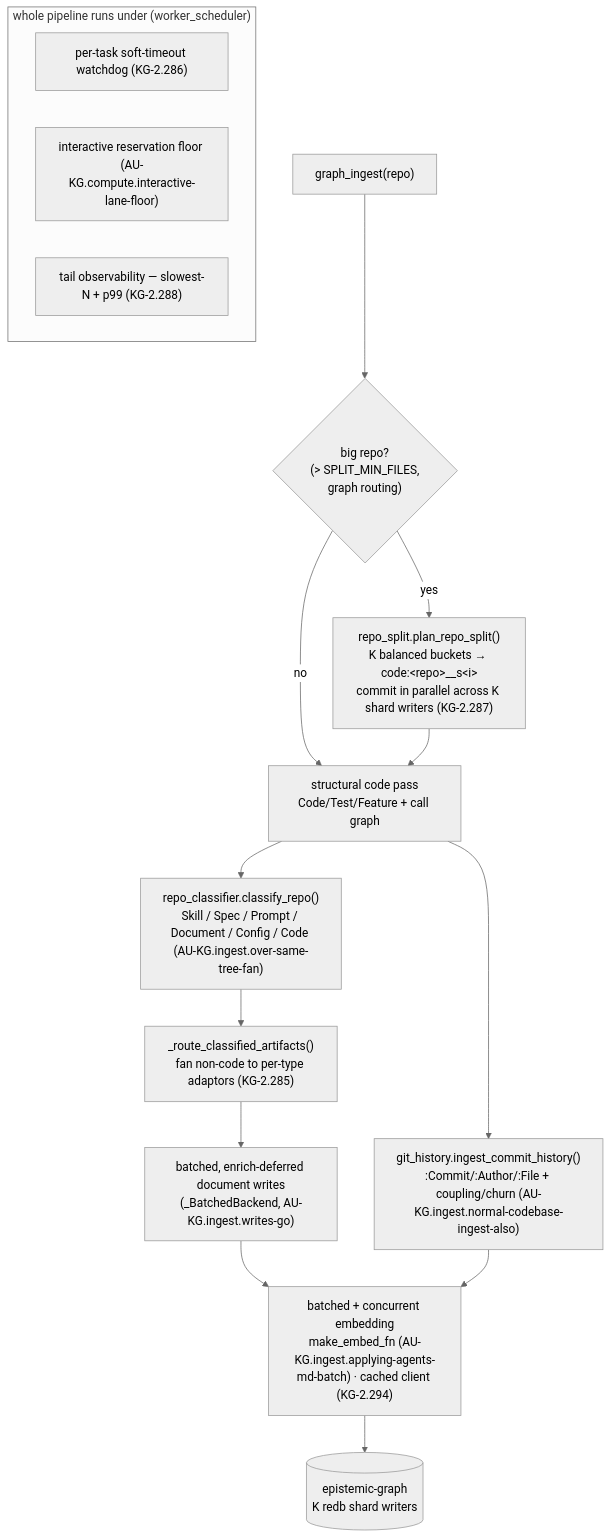
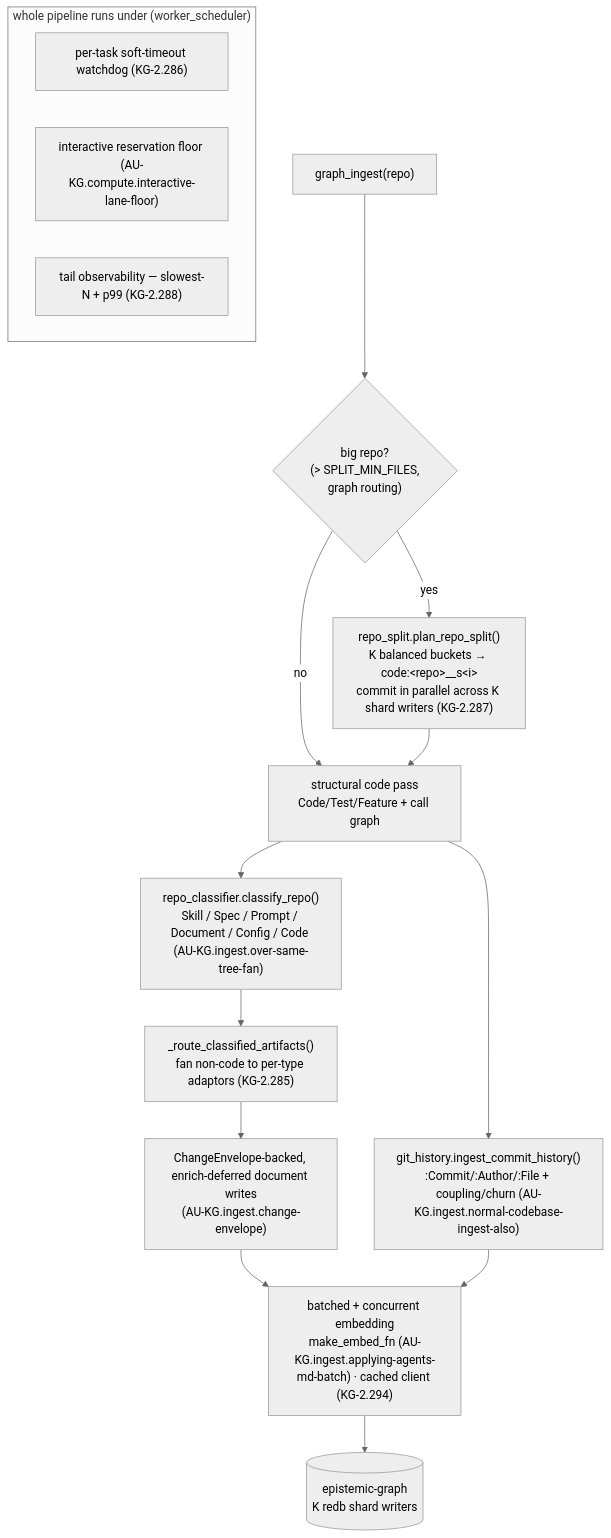
The diagram in docs/architecture/intelligent-ingestion.md (Knuckles-Team/agent-utilities), drawn with Mermaid (neutral theme) before and after one commit. The commit also changed other lines of this file and 3818 other files, not shown here.

````diff
--- a/docs/architecture/intelligent-ingestion.md
+++ b/docs/architecture/intelligent-ingestion.md
@@ -20,20 +20,20 @@
 ```mermaid
 flowchart TB
     REPO["graph_ingest(repo)"] --> SPLIT{"big repo?<br/>(> SPLIT_MIN_FILES,<br/>graph routing)"}
     SPLIT -- yes --> FAN["repo_split.plan_repo_split()<br/>K balanced buckets → code:&lt;repo&gt;__s&lt;i&gt;<br/>commit in parallel across K shard writers (KG-2.287)"]
     SPLIT -- no --> STRUCT["structural code pass<br/>Code/Test/Feature + call graph"]
     FAN --> STRUCT
     STRUCT --> CLASS["repo_classifier.classify_repo()<br/>Skill / Spec / Prompt / Document / Config / Code (AU-KG.ingest.over-same-tree-fan)"]
     CLASS --> ROUTE["_route_classified_artifacts()<br/>fan non-code to per-type adaptors (KG-2.285)"]
-    ROUTE --> DOCS["batched, enrich-deferred document writes<br/>(_BatchedBackend, AU-KG.ingest.writes-go)"]
+    ROUTE --> DOCS["ChangeEnvelope-backed, enrich-deferred document writes<br/>(AU-KG.ingest.change-envelope)"]
     STRUCT --> HIST["git_history.ingest_commit_history()<br/>:Commit/:Author/:File + coupling/churn (AU-KG.ingest.normal-codebase-ingest-also)"]
     DOCS --> EMB["batched + concurrent embedding<br/>make_embed_fn (AU-KG.ingest.applying-agents-md-batch) · cached client (KG-2.294)"]
     HIST --> EMB
     EMB --> KG[("epistemic-graph<br/>K redb shard writers")]
 
     subgraph GUARDS["whole pipeline runs under (worker_scheduler)"]
         T["per-task soft-timeout watchdog (KG-2.286)"]
         R["interactive reservation floor (AU-KG.compute.interactive-lane-floor)"]
         O["tail observability — slowest-N + p99 (KG-2.288)"]
     end
 ```
````
